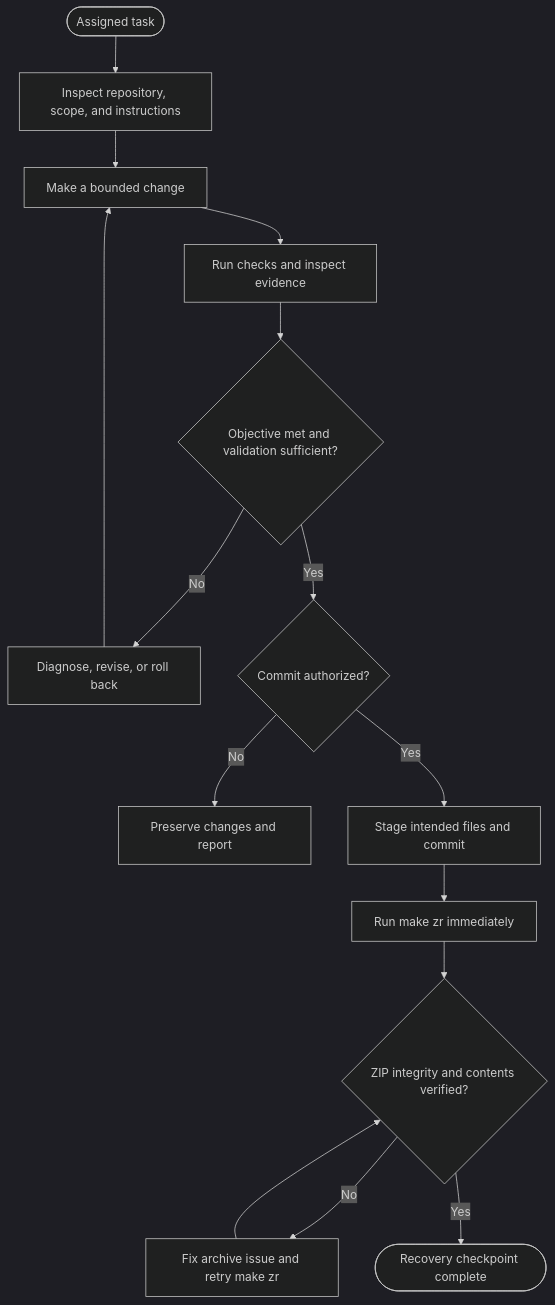
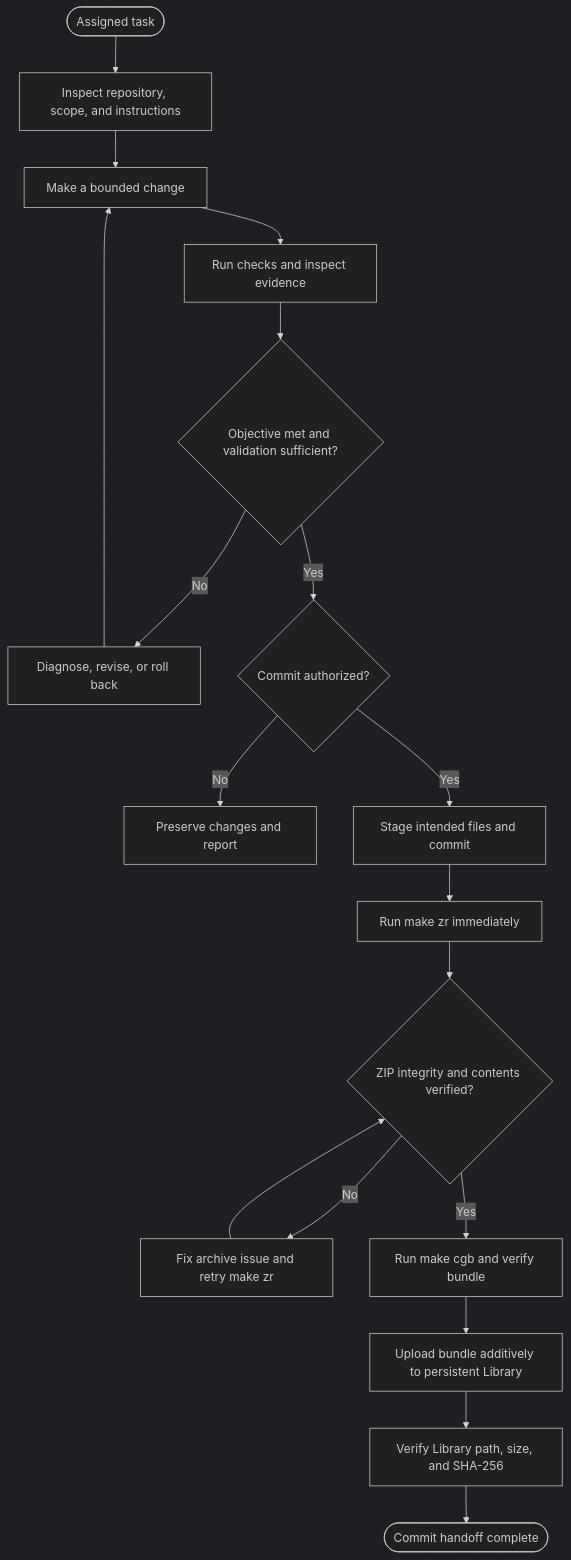
The first of 2 diagrams in README.md (TheInternetTutor/trading_intel), drawn with Mermaid (dark theme) before and after one commit. The commit also changed other lines of this file and 11 other files, not shown here.

Commit message:
Align README guidance with mandatory post-commit handoff

````diff
--- a/README.md
+++ b/README.md
@@ -18,17 +18,20 @@
 ```mermaid
 flowchart TD
     A([Assigned task]) --> B[Inspect repository, scope, and instructions]
     B --> C[Make a bounded change]
     C --> D[Run checks and inspect evidence]
     D --> E{Objective met and validation sufficient?}
     E -- No --> F[Diagnose, revise, or roll back]
     F --> C
     E -- Yes --> G{Commit authorized?}
     G -- No --> H[Preserve changes and report]
     G -- Yes --> I[Stage intended files and commit]
     I --> J[Run make zr immediately]
     J --> K{ZIP integrity and contents verified?}
     K -- No --> L[Fix archive issue and retry make zr]
     L --> K
-    K -- Yes --> M([Recovery checkpoint complete])
+    K -- Yes --> M[Run make cgb and verify bundle]
+    M --> N[Upload bundle additively to persistent Library]
+    N --> O[Verify Library path, size, and SHA-256]
+    O --> P([Commit handoff complete])
 ```
````
